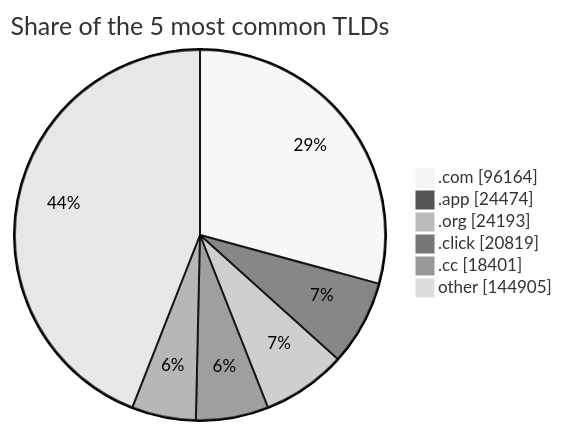
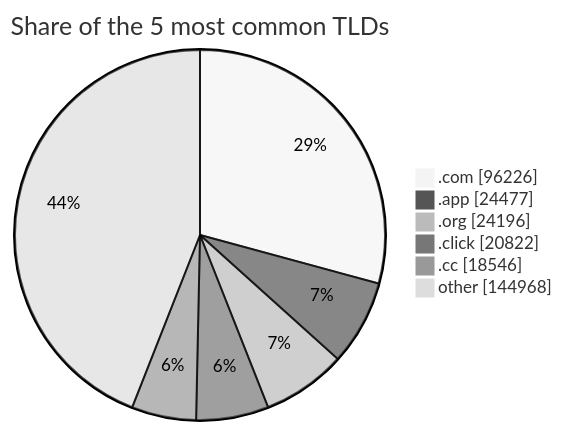
One commit to DNSBunker/CTI changed the third of 3 diagrams in README.md. Above: the diagram before and after it, drawn with Mermaid (neutral theme). The commit also changed other lines of this file and 4 other files, not shown here.

````diff
--- a/README.md
+++ b/README.md
@@ -81,9 +81,9 @@
 ```mermaid
 pie showData title Share of the 5 most common TLDs
-    ".com" : 96164
-    ".app" : 24474
-    ".org" : 24193
-    ".click" : 20819
-    ".cc" : 18401
-    "other" : 144905
+    ".com" : 96226
+    ".app" : 24477
+    ".org" : 24196
+    ".click" : 20822
+    ".cc" : 18546
+    "other" : 144968
 ```
````
